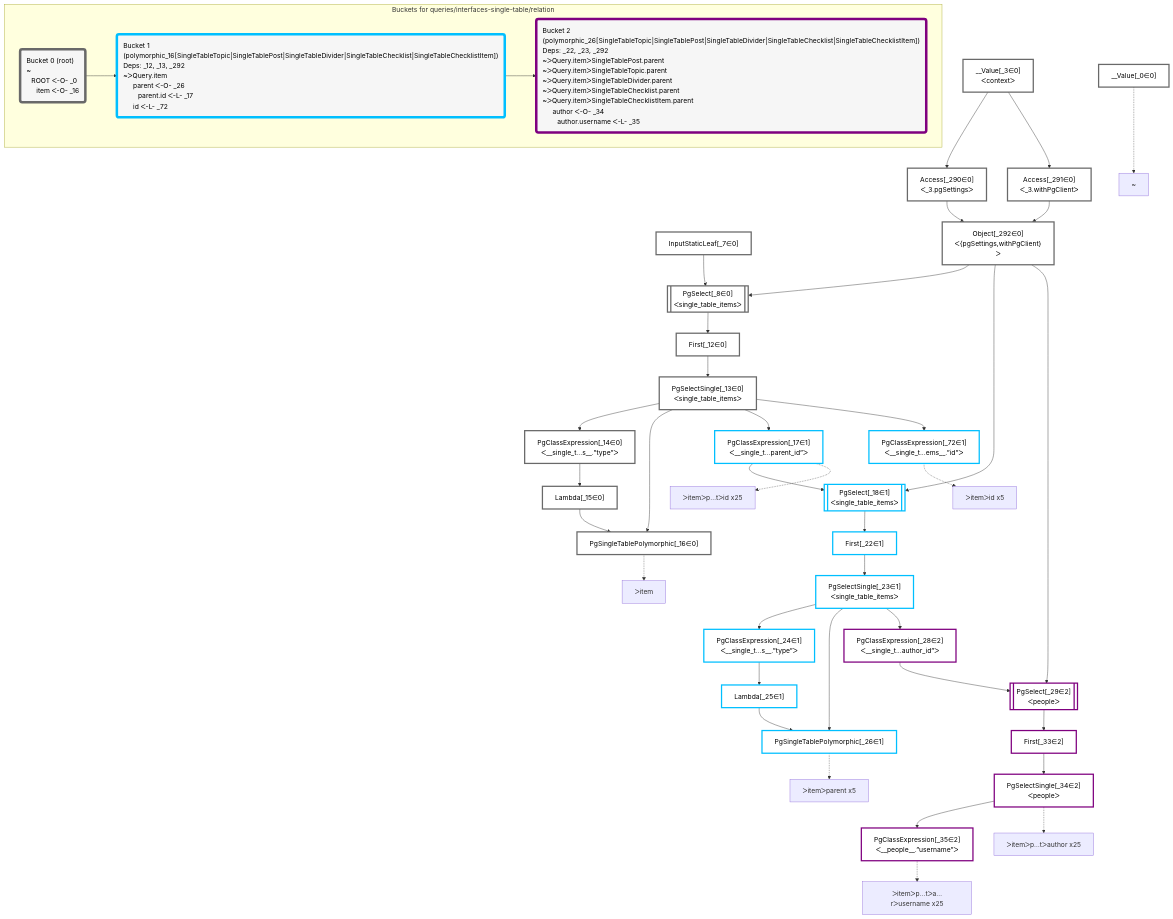
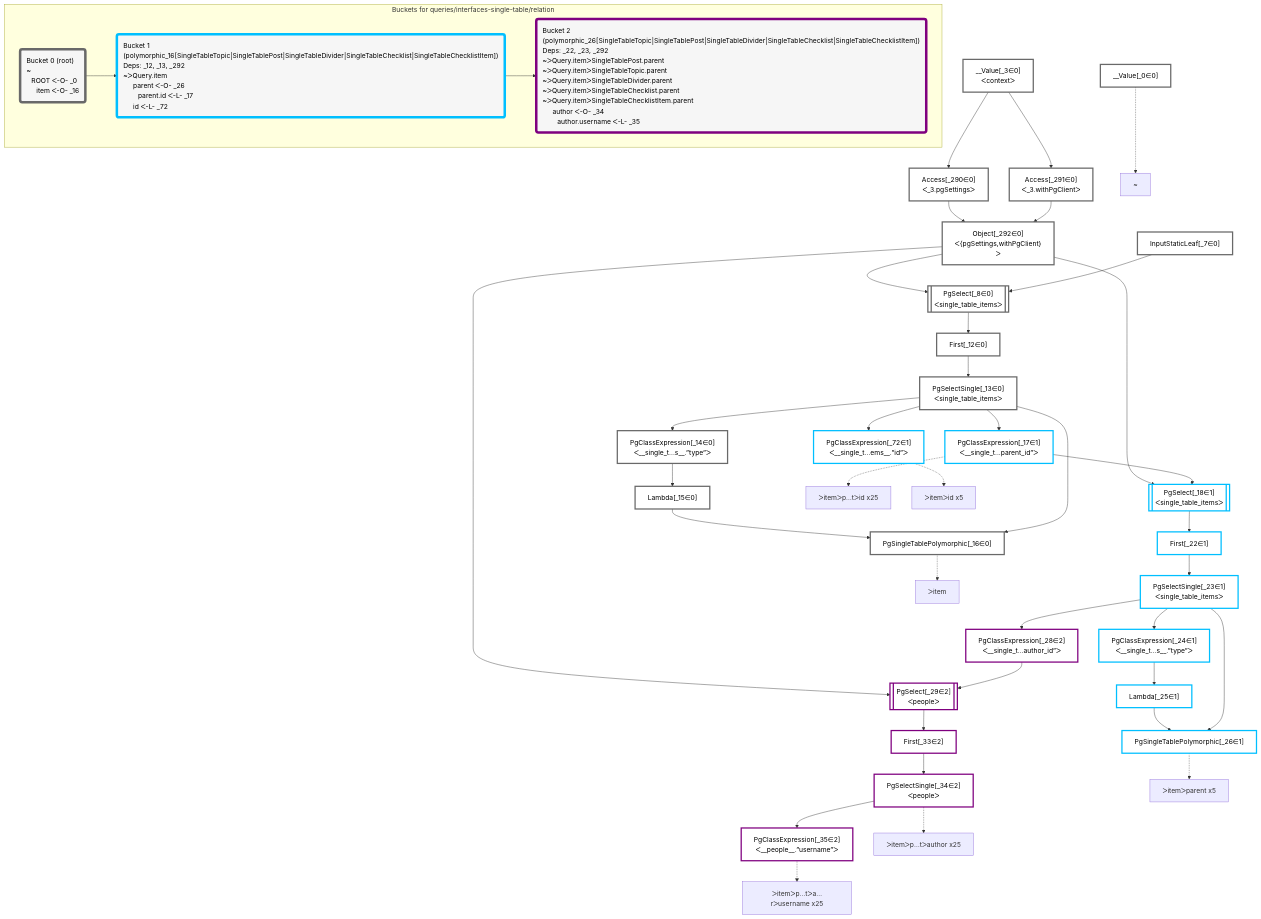
One commit to graphile/crystal changed the diagram in packages/dataplan-pg/__tests__/queries/interfaces-single-table/relation.deopt.mermaid.md. Above: the diagram before and after it, drawn with Mermaid. The commit also changed other lines of this file and 195 other files, not shown here.

```diff
--- a/packages/dataplan-pg/__tests__/queries/interfaces-single-table/relation.deopt.mermaid.md
+++ b/packages/dataplan-pg/__tests__/queries/interfaces-single-table/relation.deopt.mermaid.md
@@ -9,54 +9,54 @@
 
     %% define plans
     __Value_0["__Value[_0∈0]"]:::plan
+    PgSingleTablePolymorphic_16["PgSingleTablePolymorphic[_16∈0]"]:::plan
+    Lambda_15["Lambda[_15∈0]"]:::plan
+    PgClassExpression_14["PgClassExpression[_14∈0]<br />ᐸ__single_t...s__.”type”ᐳ"]:::plan
+    PgSingleTablePolymorphic_26["PgSingleTablePolymorphic[_26∈1]"]:::plan
+    Lambda_25["Lambda[_25∈1]"]:::plan
+    PgClassExpression_24["PgClassExpression[_24∈1]<br />ᐸ__single_t...s__.”type”ᐳ"]:::plan
+    PgClassExpression_35["PgClassExpression[_35∈2]<br />ᐸ__people__.”username”ᐳ"]:::plan
+    PgSelectSingle_34["PgSelectSingle[_34∈2]<br />ᐸpeopleᐳ"]:::plan
+    First_33["First[_33∈2]"]:::plan
+    PgSelect_29[["PgSelect[_29∈2]<br />ᐸpeopleᐳ"]]:::plan
+    PgClassExpression_28["PgClassExpression[_28∈2]<br />ᐸ__single_t...author_id”ᐳ"]:::plan
+    PgSelectSingle_23["PgSelectSingle[_23∈1]<br />ᐸsingle_table_itemsᐳ"]:::plan
+    First_22["First[_22∈1]"]:::plan
+    PgSelect_18[["PgSelect[_18∈1]<br />ᐸsingle_table_itemsᐳ"]]:::plan
+    PgClassExpression_17["PgClassExpression[_17∈1]<br />ᐸ__single_t...parent_id”ᐳ"]:::plan
+    PgClassExpression_72["PgClassExpression[_72∈1]<br />ᐸ__single_t...ems__.”id”ᐳ"]:::plan
+    PgSelectSingle_13["PgSelectSingle[_13∈0]<br />ᐸsingle_table_itemsᐳ"]:::plan
+    First_12["First[_12∈0]"]:::plan
+    PgSelect_8[["PgSelect[_8∈0]<br />ᐸsingle_table_itemsᐳ"]]:::plan
+    Object_292["Object[_292∈0]<br />ᐸ{pgSettings,withPgClient}ᐳ"]:::plan
+    Access_290["Access[_290∈0]<br />ᐸ_3.pgSettingsᐳ"]:::plan
+    Access_291["Access[_291∈0]<br />ᐸ_3.withPgClientᐳ"]:::plan
     __Value_3["__Value[_3∈0]<br />ᐸcontextᐳ"]:::plan
     InputStaticLeaf_7["InputStaticLeaf[_7∈0]"]:::plan
-    PgSelect_8[["PgSelect[_8∈0]<br />ᐸsingle_table_itemsᐳ"]]:::plan
-    First_12["First[_12∈0]"]:::plan
-    PgSelectSingle_13["PgSelectSingle[_13∈0]<br />ᐸsingle_table_itemsᐳ"]:::plan
-    PgClassExpression_14["PgClassExpression[_14∈0]<br />ᐸ__single_t...s__.”type”ᐳ"]:::plan
-    Lambda_15["Lambda[_15∈0]"]:::plan
-    PgSingleTablePolymorphic_16["PgSingleTablePolymorphic[_16∈0]"]:::plan
-    PgClassExpression_17["PgClassExpression[_17∈1]<br />ᐸ__single_t...parent_id”ᐳ"]:::plan
-    PgSelect_18[["PgSelect[_18∈1]<br />ᐸsingle_table_itemsᐳ"]]:::plan
-    First_22["First[_22∈1]"]:::plan
-    PgSelectSingle_23["PgSelectSingle[_23∈1]<br />ᐸsingle_table_itemsᐳ"]:::plan
-    PgClassExpression_24["PgClassExpression[_24∈1]<br />ᐸ__single_t...s__.”type”ᐳ"]:::plan
-    Lambda_25["Lambda[_25∈1]"]:::plan
-    PgSingleTablePolymorphic_26["PgSingleTablePolymorphic[_26∈1]"]:::plan
-    PgClassExpression_28["PgClassExpression[_28∈2]<br />ᐸ__single_t...author_id”ᐳ"]:::plan
-    PgSelect_29[["PgSelect[_29∈2]<br />ᐸpeopleᐳ"]]:::plan
-    First_33["First[_33∈2]"]:::plan
-    PgSelectSingle_34["PgSelectSingle[_34∈2]<br />ᐸpeopleᐳ"]:::plan
-    PgClassExpression_35["PgClassExpression[_35∈2]<br />ᐸ__people__.”username”ᐳ"]:::plan
-    PgClassExpression_72["PgClassExpression[_72∈1]<br />ᐸ__single_t...ems__.”id”ᐳ"]:::plan
-    Access_290["Access[_290∈0]<br />ᐸ_3.pgSettingsᐳ"]:::plan
-    Access_291["Access[_291∈0]<br />ᐸ_3.withPgClientᐳ"]:::plan
-    Object_292["Object[_292∈0]<br />ᐸ{pgSettings,withPgClient}ᐳ"]:::plan
 
     %% plan dependencies
+    Lambda_15 & PgSelectSingle_13 --> PgSingleTablePolymorphic_16
+    PgClassExpression_14 --> Lambda_15
+    PgSelectSingle_13 --> PgClassExpression_14
+    Lambda_25 & PgSelectSingle_23 --> PgSingleTablePolymorphic_26
+    PgClassExpression_24 --> Lambda_25
+    PgSelectSingle_23 --> PgClassExpression_24
+    PgSelectSingle_34 --> PgClassExpression_35
+    First_33 --> PgSelectSingle_34
+    PgSelect_29 --> First_33
+    Object_292 & PgClassExpression_28 --> PgSelect_29
+    PgSelectSingle_23 --> PgClassExpression_28
+    First_22 --> PgSelectSingle_23
+    PgSelect_18 --> First_22
+    Object_292 & PgClassExpression_17 --> PgSelect_18
+    PgSelectSingle_13 --> PgClassExpression_17
+    PgSelectSingle_13 --> PgClassExpression_72
+    First_12 --> PgSelectSingle_13
+    PgSelect_8 --> First_12
     Object_292 & InputStaticLeaf_7 --> PgSelect_8
-    PgSelect_8 --> First_12
-    First_12 --> PgSelectSingle_13
-    PgSelectSingle_13 --> PgClassExpression_14
-    PgClassExpression_14 --> Lambda_15
-    Lambda_15 & PgSelectSingle_13 --> PgSingleTablePolymorphic_16
-    PgSelectSingle_13 --> PgClassExpression_17
-    Object_292 & PgClassExpression_17 --> PgSelect_18
-    PgSelect_18 --> First_22
-    First_22 --> PgSelectSingle_23
-    PgSelectSingle_23 --> PgClassExpression_24
-    PgClassExpression_24 --> Lambda_25
-    Lambda_25 & PgSelectSingle_23 --> PgSingleTablePolymorphic_26
-    PgSelectSingle_23 --> PgClassExpression_28
-    Object_292 & PgClassExpression_28 --> PgSelect_29
-    PgSelect_29 --> First_33
-    First_33 --> PgSelectSingle_34
-    PgSelectSingle_34 --> PgClassExpression_35
-    PgSelectSingle_13 --> PgClassExpression_72
+    Access_290 & Access_291 --> Object_292
     __Value_3 --> Access_290
     __Value_3 --> Access_291
-    Access_290 & Access_291 --> Object_292
 
     %% plan-to-path relationships
     P_0["~"]
```
